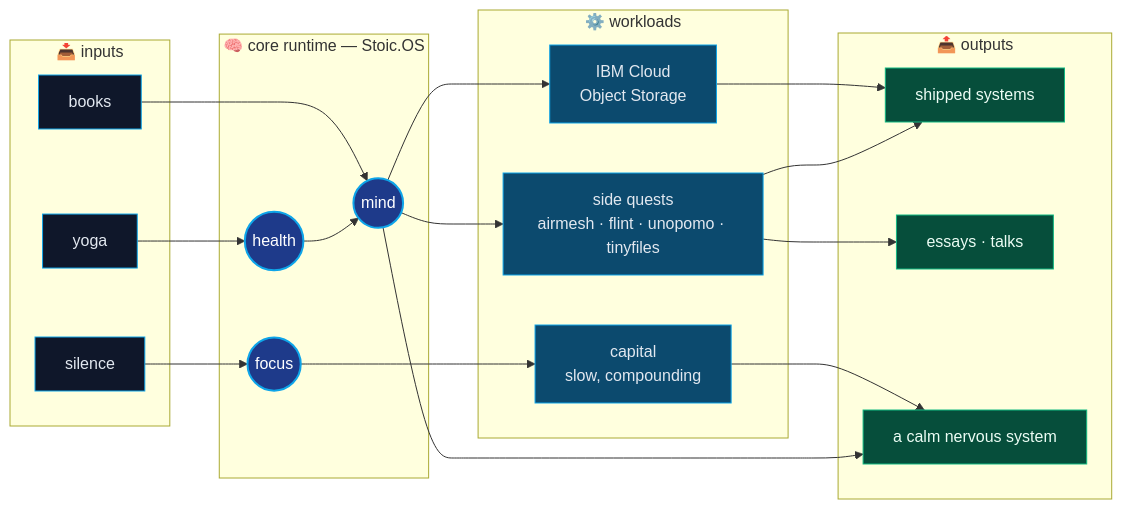
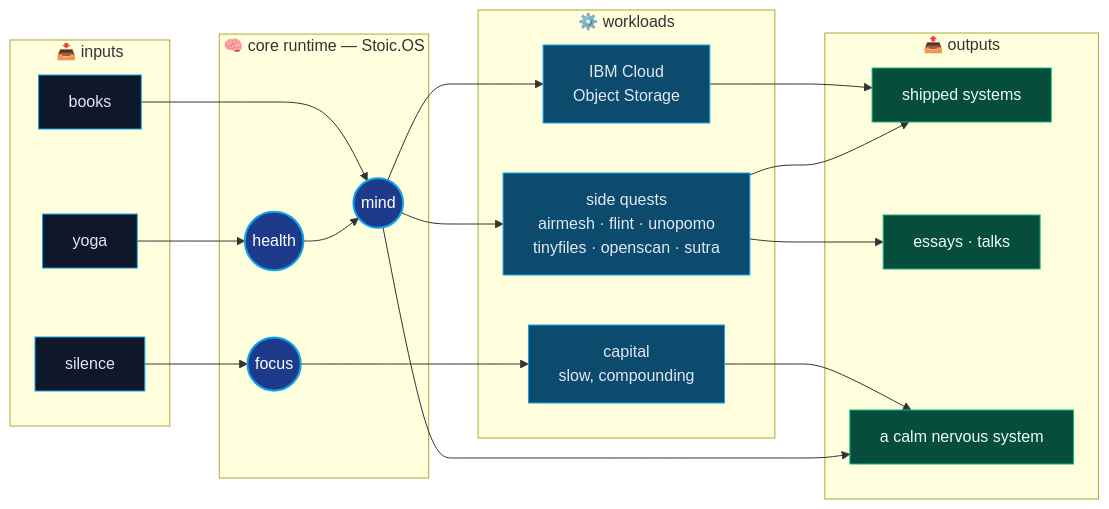
Before and after one commit to iyashsoni/iyashsoni: the diagram in README.md, drawn with Mermaid. The commit also changed other lines of this file, not shown here.

Commit message:
Add Sutra and OpenScan to the side-projects table (#4)
Two new weekend builds: Sutra (living architecture diagrams, BYOK AI)
and OpenScan (open-source, local-first DICOM workspace). Also folds
them into the side-quests node of the life-architecture diagram.

Claude-Session: https://claude.ai/code/session_01PicxU14VnUW4XnHppqEgJN

````diff
--- a/README.md
+++ b/README.md
@@ -60,48 +60,48 @@
 ```mermaid
 flowchart LR
     subgraph INPUT["📥 inputs"]
         B[books]
         S[silence]
         Y[yoga]
     end
 
     subgraph CORE["🧠 core runtime — Stoic.OS"]
         M((mind))
         H((health))
         F((focus))
     end
 
     subgraph WORKLOADS["⚙️ workloads"]
         IBM[IBM Cloud<br/>Object Storage]
-        SIDE[side quests<br/>airmesh · flint · unopomo · tinyfiles]
+        SIDE[side quests<br/>airmesh · flint · unopomo<br/>tinyfiles · openscan · sutra]
         CAP[capital<br/>slow, compounding]
     end
 
     subgraph OUTPUT["📤 outputs"]
         SHIP[shipped systems]
         WORDS[essays · talks]
         CALM[a calm nervous system]
     end
 
     B --> M
     S --> F
     Y --> H
     M --> IBM
     M --> SIDE
     F --> CAP
     H --> M
     IBM --> SHIP
     SIDE --> SHIP
     SIDE --> WORDS
     CAP --> CALM
     M --> CALM
 
     classDef input fill:#0f172a,stroke:#0ea5e9,color:#e2e8f0
     classDef core fill:#1e3a8a,stroke:#0ea5e9,color:#ffffff,stroke-width:2px
     classDef work fill:#0c4a6e,stroke:#0ea5e9,color:#e2e8f0
     classDef out fill:#064e3b,stroke:#10b981,color:#ecfdf5
     class B,S,Y input
     class M,H,F core
     class IBM,SIDE,CAP work
     class SHIP,WORDS,CALM out
 ```
````
